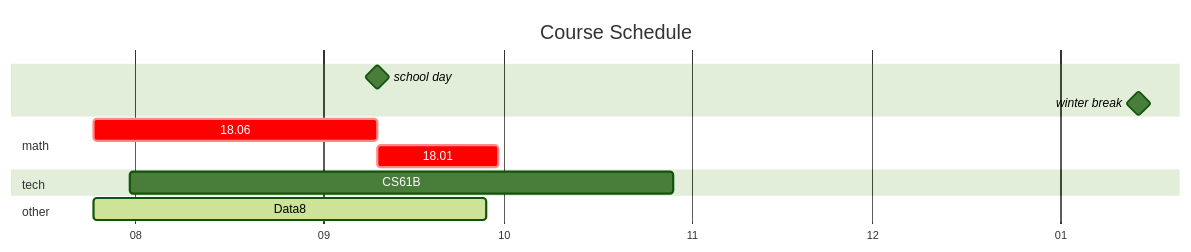
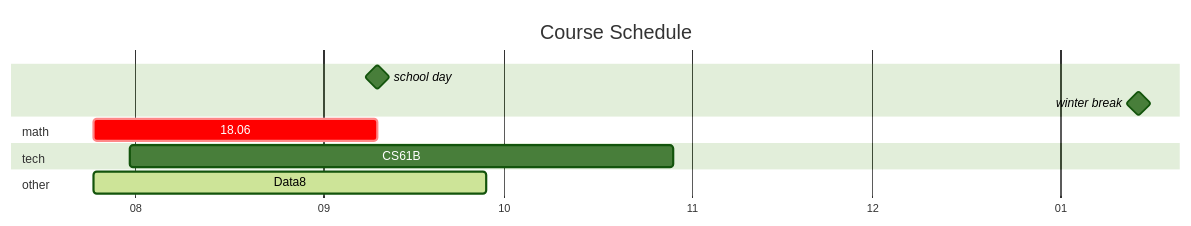
One commit to 2975459755/2975459755.github.io changed the diagram in _tabs/about.md. Above: the diagram before and after it, drawn with Mermaid (forest theme). The commit also changed other lines of this file and 4 other files, not shown here.

````diff
--- a/_tabs/about.md
+++ b/_tabs/about.md
@@ -12,19 +12,18 @@
 ```mermaid
 gantt
   title  Course Schedule
   dateFormat MM-DD
   axisFormat %m
 
   school day  :	milestone, 09-10, 1m
   winter break: milestone, w, 2024-01-14, 1m
 
   section math
   18.06 			: crit, a, 07-25, 47d
-  18.01 			: crit, b, after a, 20d
 
   section tech
   CS61B 			:		61b,	07-31, 90d
 
   section other
   Data8 			: active, d8, 07-25, 65d
 ```
````
